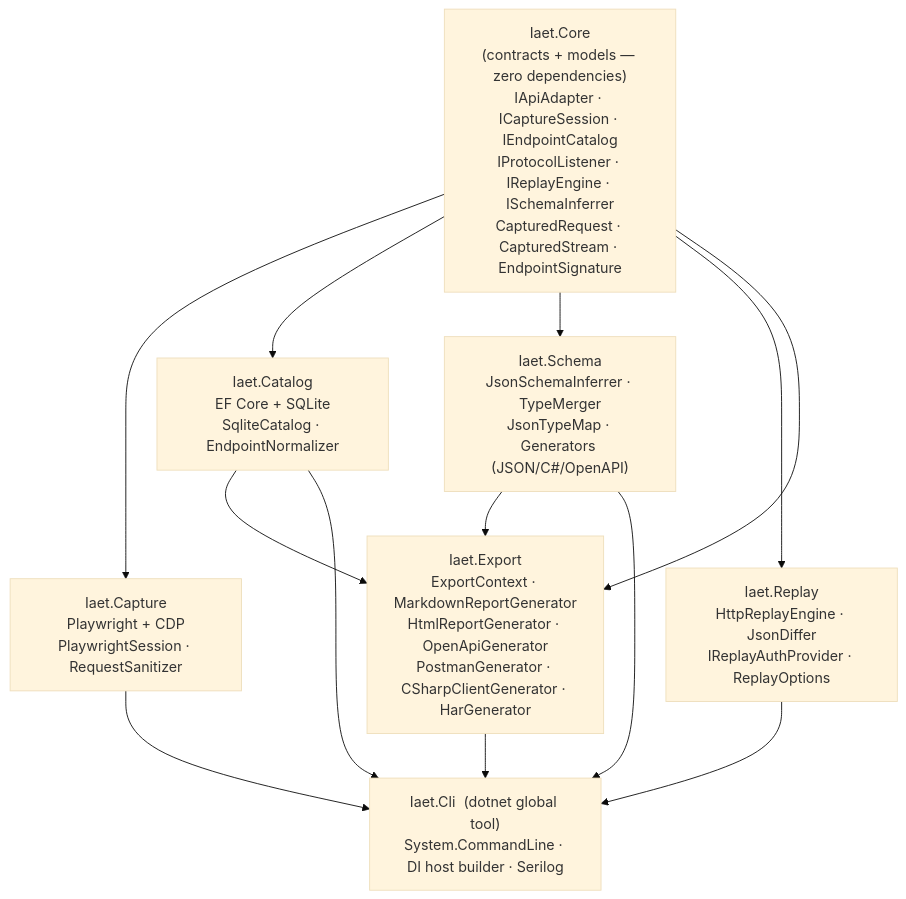
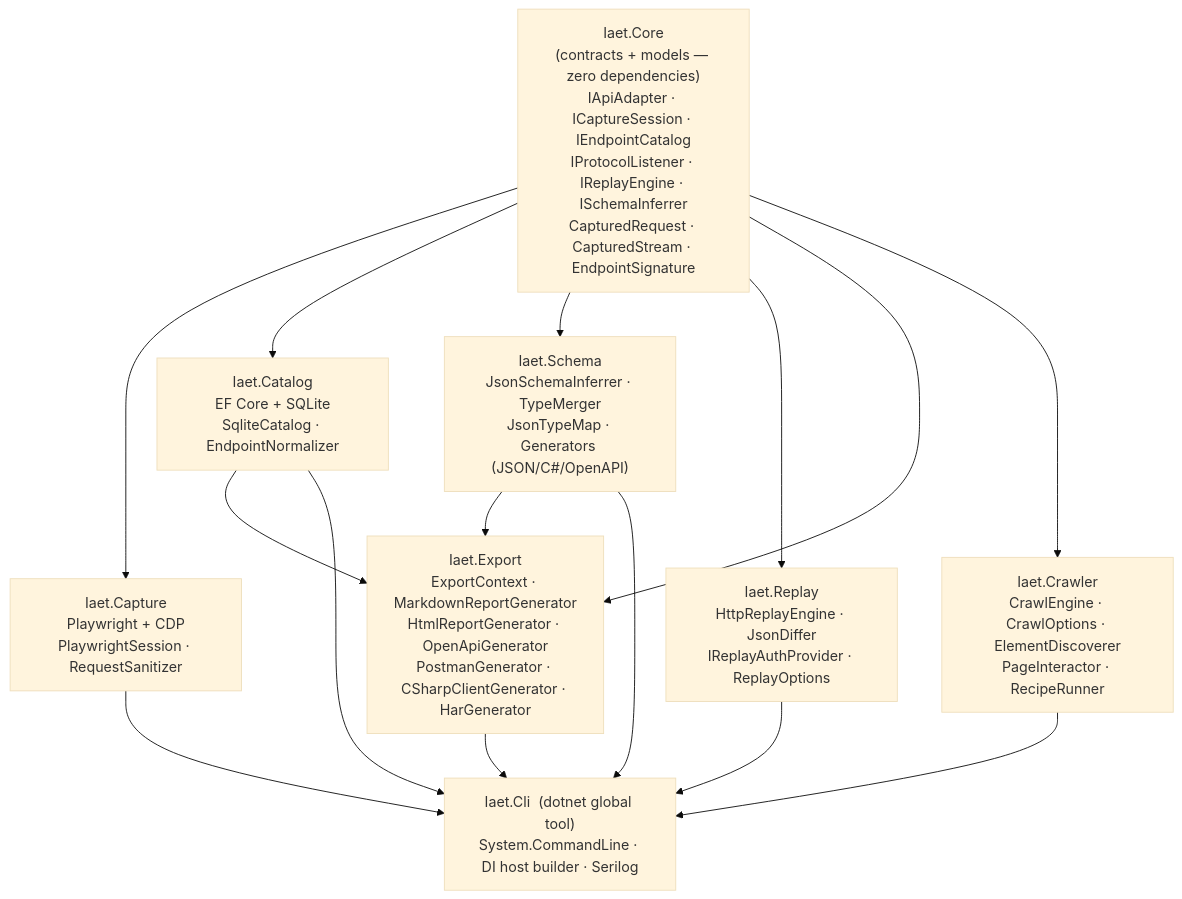
The diagram in README.md (mmackelprang/IAET), drawn with Mermaid (base theme) before and after one commit. The commit also changed other lines of this file and 25 other files, not shown here.

First line of the commit message:
Phase 5: Semi-Autonomous Crawler + Recipe Runner (#4)

````diff
--- a/README.md
+++ b/README.md
@@ -117,39 +139,44 @@
 ```mermaid
 graph TD
     Core["Iaet.Core
 (contracts + models — zero dependencies)
 IApiAdapter · ICaptureSession · IEndpointCatalog
 IProtocolListener · IReplayEngine · ISchemaInferrer
 CapturedRequest · CapturedStream · EndpointSignature"]
     Capture["Iaet.Capture
 Playwright + CDP
 PlaywrightSession · RequestSanitizer"]
     Catalog["Iaet.Catalog
 EF Core + SQLite
 SqliteCatalog · EndpointNormalizer"]
     Schema["Iaet.Schema
 JsonSchemaInferrer · TypeMerger
 JsonTypeMap · Generators (JSON/C#/OpenAPI)"]
     Replay["Iaet.Replay
 HttpReplayEngine · JsonDiffer
 IReplayAuthProvider · ReplayOptions"]
     Export["Iaet.Export
 ExportContext · MarkdownReportGenerator
 HtmlReportGenerator · OpenApiGenerator
 PostmanGenerator · CSharpClientGenerator · HarGenerator"]
+    Crawler["Iaet.Crawler
+CrawlEngine · CrawlOptions · ElementDiscoverer
+PageInteractor · RecipeRunner"]
     Cli["Iaet.Cli  (dotnet global tool)
 System.CommandLine · DI host builder · Serilog"]
 
     Core --> Capture
     Core --> Catalog
     Core --> Schema
     Core --> Replay
     Core --> Export
+    Core --> Crawler
     Catalog --> Export
     Schema --> Export
     Capture --> Cli
     Catalog --> Cli
     Schema --> Cli
     Replay --> Cli
     Export --> Cli
+    Crawler --> Cli
 ```
````
